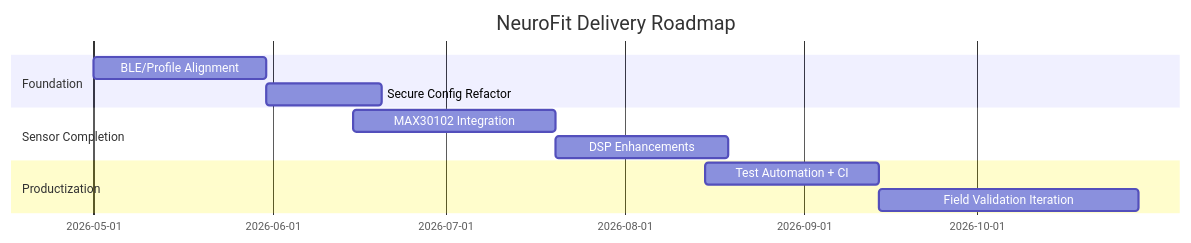
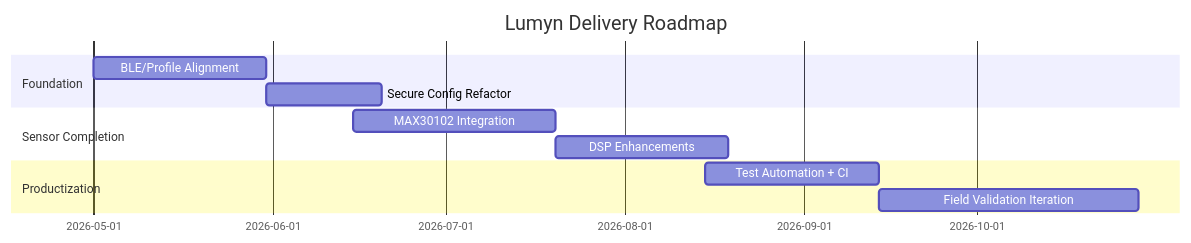
The diagram in 03_WiKi/01_Start_Here/03_Roadmap.md (anurag-panda-dev/NeuroFit-Vault), drawn with Mermaid before and after one commit. The commit also changed 26 other files, not shown here.

````diff
--- a/03_WiKi/01_Start_Here/03_Roadmap.md
+++ b/03_WiKi/01_Start_Here/03_Roadmap.md
@@ -27,14 +27,14 @@
 ```mermaid
 gantt
-  title NeuroFit Delivery Roadmap
+  title Lumyn Delivery Roadmap
   dateFormat  YYYY-MM-DD
   section Foundation
   BLE/Profile Alignment         :a1, 2026-05-01, 30d
   Secure Config Refactor        :a2, after a1, 20d
   section Sensor Completion
   MAX30102 Integration          :b1, 2026-06-15, 35d
   DSP Enhancements              :b2, after b1, 30d
   section Productization
   Test Automation + CI          :c1, 2026-08-15, 30d
   Field Validation Iteration    :c2, after c1, 45d
 ```
````
